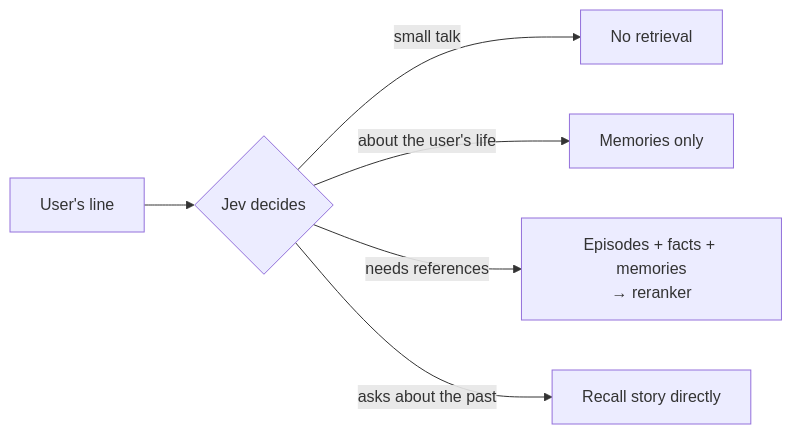
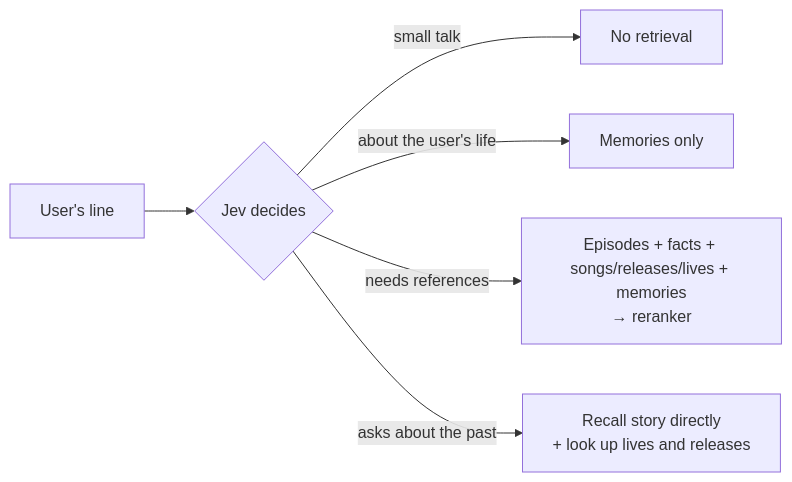
The second of 2 diagrams in README.en.md (3aKHP/idolum), drawn with Mermaid before and after one commit. The commit also changed other lines of this file and 13 other files, not shown here.

````diff
--- a/README.en.md
+++ b/README.en.md
@@ -324,8 +324,8 @@
 ```mermaid
 flowchart LR
     Q["User's line"] --> Jev{"Jev decides"}
     Jev -- small talk --> None["No retrieval"]
     Jev -- about the user's life --> Mem["Memories only"]
-    Jev -- needs references --> Ref["Episodes + facts + memories<br/>→ reranker"]
-    Jev -- asks about the past --> Recall["Recall story directly"]
+    Jev -- needs references --> Ref["Episodes + facts + songs/releases/lives + memories<br/>→ reranker"]
+    Jev -- asks about the past --> Recall["Recall story directly<br/>+ look up lives and releases"]
 ```
````
